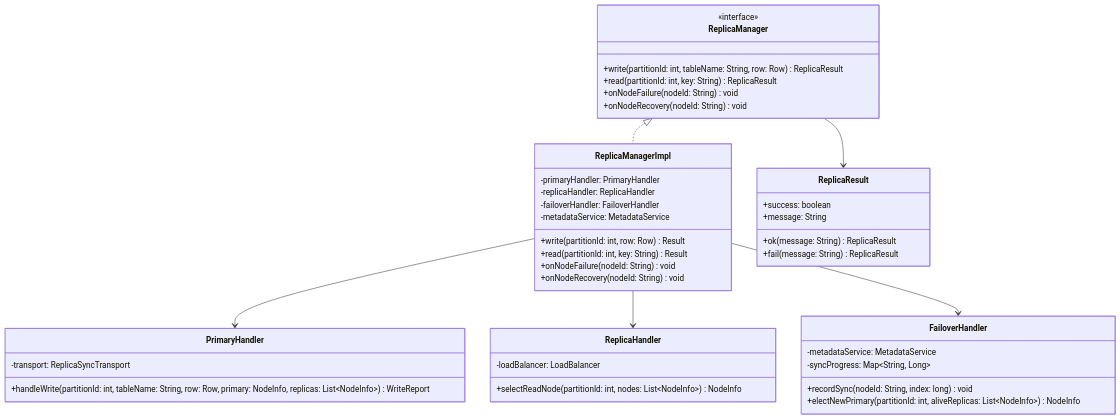
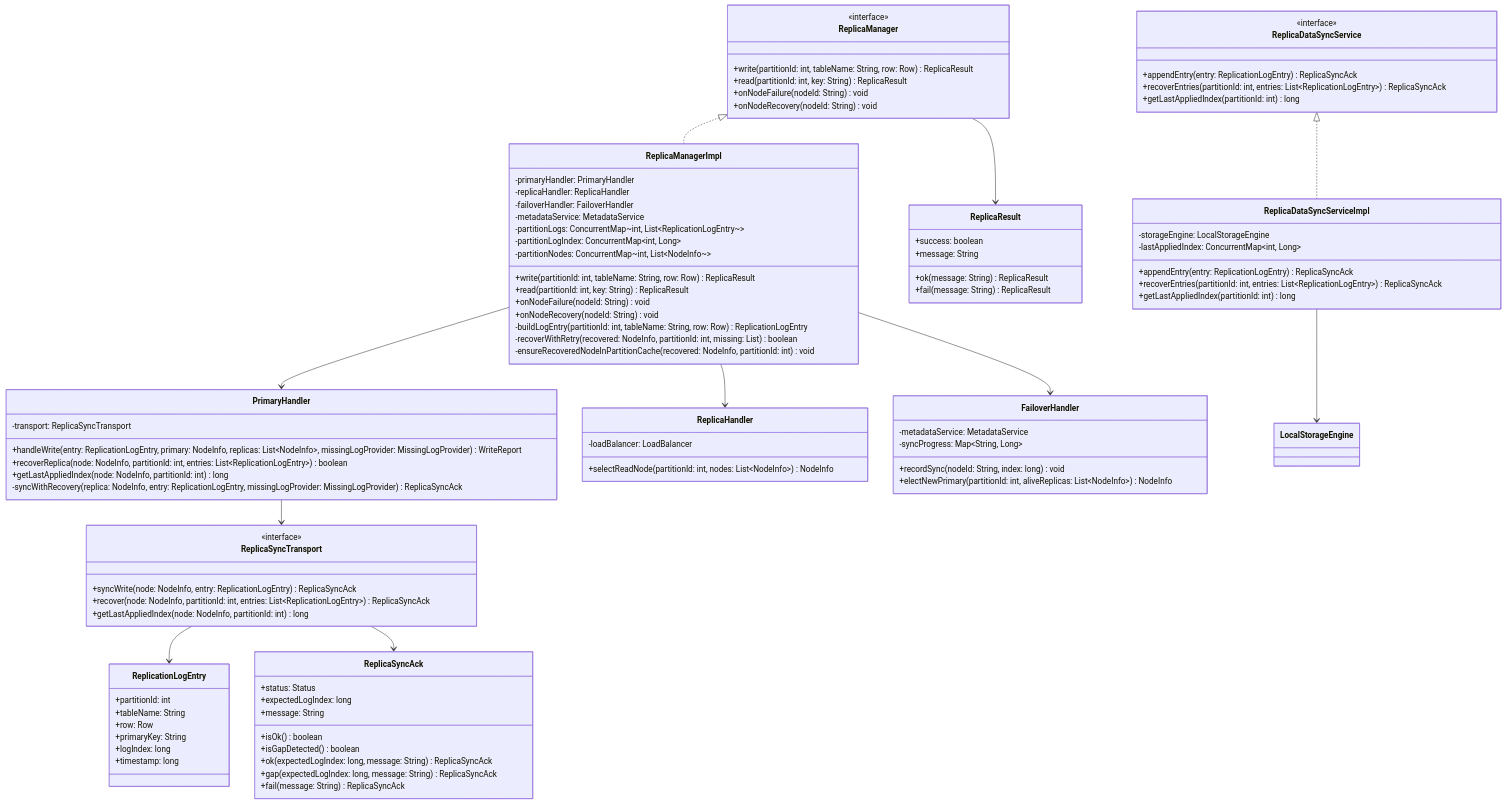
Diagram 13 of 23 in document/A/模块实现与测试报告.md (cyw5807/minisql-cluster), drawn with Mermaid before and after one commit. The commit also changed other lines of this file and 15 other files, not shown here.

````diff
--- a/document/A/模块实现与测试报告.md
+++ b/document/A/模块实现与测试报告.md
@@ -606,15 +620,66 @@
         -replicaHandler: ReplicaHandler
         -failoverHandler: FailoverHandler
         -metadataService: MetadataService
-        +write(partitionId: int, row: Row) Result
-        +read(partitionId: int, key: String) Result
+        -partitionLogs: ConcurrentMap~int, List~ReplicationLogEntry~~
+        -partitionLogIndex: ConcurrentMap~int, Long~
+        -partitionNodes: ConcurrentMap~int, List~NodeInfo~~
+        +write(partitionId: int, tableName: String, row: Row) ReplicaResult
+        +read(partitionId: int, key: String) ReplicaResult
         +onNodeFailure(nodeId: String) void
         +onNodeRecovery(nodeId: String) void
+        -buildLogEntry(partitionId: int, tableName: String, row: Row) ReplicationLogEntry
+        -recoverWithRetry(recovered: NodeInfo, partitionId: int, missing: List) boolean
+        -ensureRecoveredNodeInPartitionCache(recovered: NodeInfo, partitionId: int) void
     }
 
     class PrimaryHandler {
         -transport: ReplicaSyncTransport
-        +handleWrite(partitionId: int, tableName: String, row: Row, primary: NodeInfo, replicas: List~NodeInfo~) WriteReport
+        +handleWrite(entry: ReplicationLogEntry, primary: NodeInfo, replicas: List~NodeInfo~, missingLogProvider: MissingLogProvider) WriteReport
+        +recoverReplica(node: NodeInfo, partitionId: int, entries: List~ReplicationLogEntry~) boolean
+        +getLastAppliedIndex(node: NodeInfo, partitionId: int) long
+        -syncWithRecovery(replica: NodeInfo, entry: ReplicationLogEntry, missingLogProvider: MissingLogProvider) ReplicaSyncAck
+    }
+
+    class ReplicaSyncTransport {
+        <<interface>>
+        +syncWrite(node: NodeInfo, entry: ReplicationLogEntry) ReplicaSyncAck
+        +recover(node: NodeInfo, partitionId: int, entries: List~ReplicationLogEntry~) ReplicaSyncAck
+        +getLastAppliedIndex(node: NodeInfo, partitionId: int) long
+    }
+
+    class ReplicationLogEntry {
+        +partitionId: int
+        +tableName: String
+        +row: Row
+        +primaryKey: String
+        +logIndex: long
+        +timestamp: long
+    }
+
+    class ReplicaSyncAck {
+        +status: Status
+        +expectedLogIndex: long
+        +message: String
+        +isOk() boolean
+        +isGapDetected() boolean
+        +ok(expectedLogIndex: long, message: String) ReplicaSyncAck
+        +gap(expectedLogIndex: long, message: String) ReplicaSyncAck
+        +fail(message: String) ReplicaSyncAck
+    }
+
+    class ReplicaDataSyncService {
+        <<interface>>
+        +appendEntry(entry: ReplicationLogEntry) ReplicaSyncAck
+        +recoverEntries(partitionId: int, entries: List~ReplicationLogEntry~) ReplicaSyncAck
+        +getLastAppliedIndex(partitionId: int) long
+    }
+
+    class ReplicaDataSyncServiceImpl {
+        -storageEngine: LocalStorageEngine
+        -lastAppliedIndex: ConcurrentMap~int, Long~
+        +appendEntry(entry: ReplicationLogEntry) ReplicaSyncAck
+        +recoverEntries(partitionId: int, entries: List~ReplicationLogEntry~) ReplicaSyncAck
+        +getLastAppliedIndex(partitionId: int) long
     }
 
     class ReplicaHandler {
@@ -640,5 +705,10 @@
     ReplicaManagerImpl --> PrimaryHandler
     ReplicaManagerImpl --> ReplicaHandler
     ReplicaManagerImpl --> FailoverHandler
+    PrimaryHandler --> ReplicaSyncTransport
+    ReplicaSyncTransport --> ReplicationLogEntry
+    ReplicaSyncTransport --> ReplicaSyncAck
+    ReplicaDataSyncService <|.. ReplicaDataSyncServiceImpl
+    ReplicaDataSyncServiceImpl --> LocalStorageEngine
     ReplicaManager --> ReplicaResult
 ```
````
